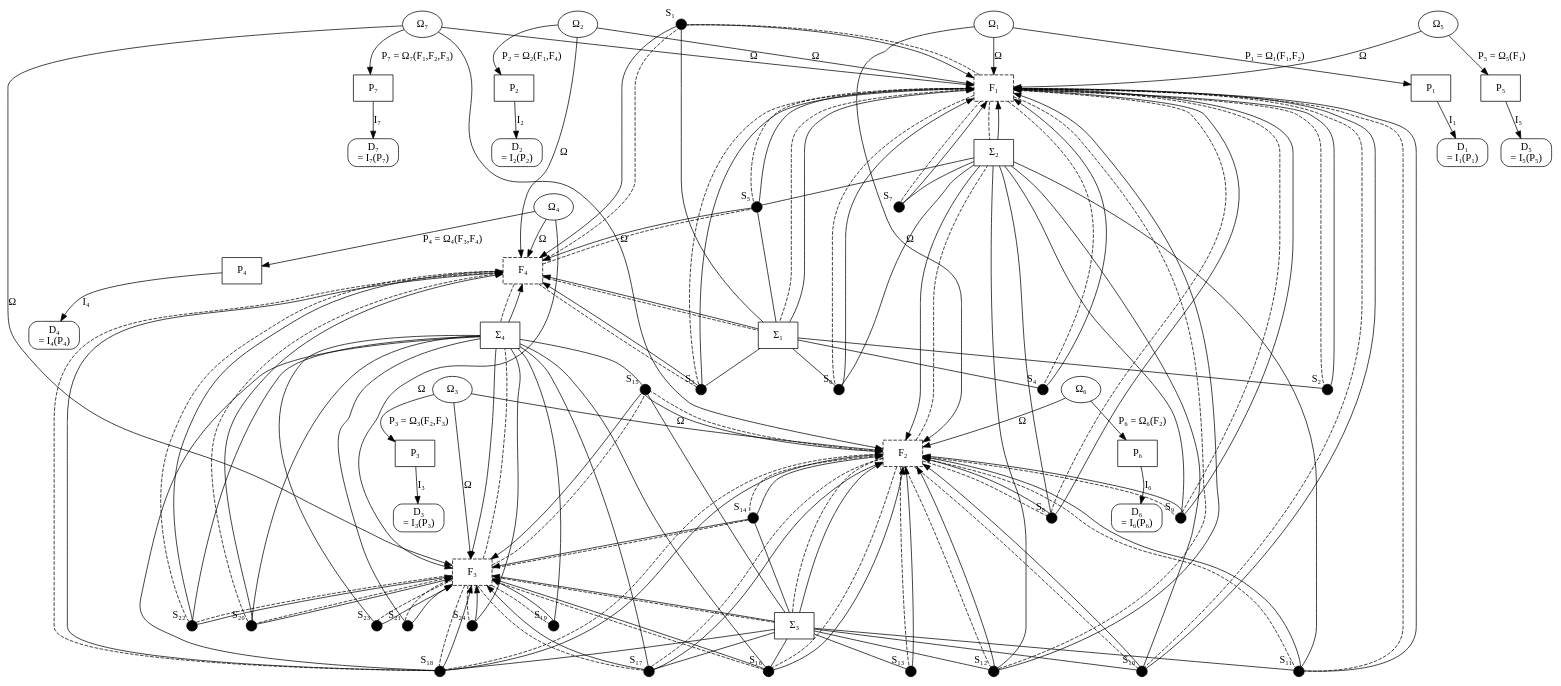
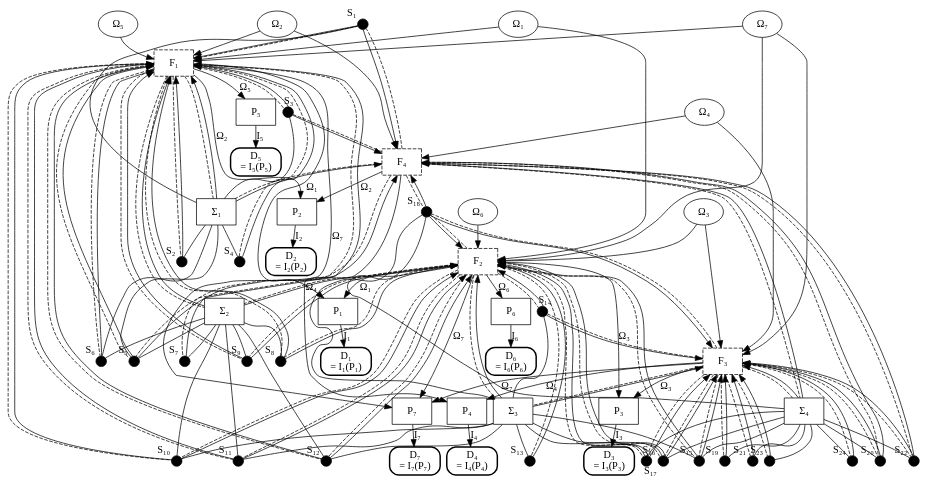
Before and after one commit to ssccsorg/ssccs: the third of 8 diagrams in docs/Whitepaper.qmd, drawn with Graphviz. The commit also changed other lines of this file and 3 other files, not shown here.

Commit message:
wp: update graph and fix an encoding

````diff
--- a/docs/Whitepaper.qmd
+++ b/docs/Whitepaper.qmd
@@ -329,41 +330,56 @@
 ```{dot}
 //| label: fig-ssccs-multifield
-//| fig-cap: "SSCCS multi-field, multi-observation parallel model with rich segment universe"
+//| fig-cap: "The large-scale mass-segment and multi-field scenario"
 digraph SSCCS_MultiField {
     rankdir=TB;
     node [shape=rect];
     
-    // === Row 1: Segments 1–6 ===
+    ranksep=0.1;
+    nodesep=0.13;
+    
+    // === Row 1: Segments 1–6 + invisible (to make 7 columns) ===
     { rank=1;
         node [shape=point, width=0.2, height=0.2];
         s1 [xlabel="S₁"]; s2 [xlabel="S₂"]; s3 [xlabel="S₃"]; s4 [xlabel="S₄"]; s5 [xlabel="S₅"]; s6 [xlabel="S₆"];
+        node [style=invis, shape=point, label="", width=0, height=0];
+        invis_s1;
     }
-    // === Row 2: Segments 7–12 ===
+    // === Row 2: Segments 7–12 + invisible ===
     { rank=2;
         node [shape=point, width=0.2, height=0.2];
         s7 [xlabel="S₇"]; s8 [xlabel="S₈"]; s9 [xlabel="S₉"]; s10 [xlabel="S₁₀"]; s11 [xlabel="S₁₁"]; s12 [xlabel="S₁₂"];
+        node [style=invis, shape=point, label="", width=0, height=0];
+        invis_s2;
     }
-    // === Row 3: Segments 13–18 ===
+    // === Row 3: Segments 13–18 + invisible ===
     { rank=3;
         node [shape=point, width=0.2, height=0.2];
         s13 [xlabel="S₁₃"]; s14 [xlabel="S₁₄"]; s15 [xlabel="S₁₅"]; s16 [xlabel="S₁₆"]; s17 [xlabel="S₁₇"]; s18 [xlabel="S₁₈"];
+        node [style=invis, shape=point, label="", width=0, height=0];
+        invis_s3;
     }
-    // === Row 4: Segments 19–24 ===
+    // === Row 4: Segments 19–24 + invisible ===
     { rank=4;
         node [shape=point, width=0.2, height=0.2];
         s19 [xlabel="S₁₉"]; s20 [xlabel="S₂₀"]; s21 [xlabel="S₂₁"]; s22 [xlabel="S₂₂"]; s23 [xlabel="S₂₃"]; s24 [xlabel="S₂₄"];
+        node [style=invis, shape=point, label="", width=0, height=0];
+        invis_s4;
     }
     
-    // === Row 5: Schemes (structural blueprints) ===
+    // === Row 5: Schemes (structural blueprints) – widened to 7 columns ===
     { rank=5;
         node [shape=box, style=solid];
         sch1 [label="Σ₁"]; sch2 [label="Σ₂"]; sch3 [label="Σ₃"]; sch4 [label="Σ₄"];
+        node [style=invis, shape=point, label=""];
+        invis_sch1; invis_sch2; invis_sch3;
     }
     
-    // === Row 6: Fields (dynamic governance) ===
+    // === Row 6: Fields (dynamic governance) – widened to 7 columns ===
     { rank=6;
         node [shape=rect, style=dashed];
         f1 [label="F₁"]; f2 [label="F₂"]; f3 [label="F₃"]; f4 [label="F₄"];
+        node [style=invis, shape=point, label=""];
+        invis_f1; invis_f2; invis_f3;
     }
     
     // === Row 7: Observation events ===
@@ -380,46 +396,40 @@
     
     // === Row 9: Interpreted Data (final deterministic values) ===
     { rank=9;
-        node [shape=box, style=rounded];
-        d1 [label="D₁\n= I₁(P₁)"]; d2 [label="D₂\n= I₂(P₂)"]; d3 [label="D₃\n= I₃(P₃)"];
-        d4 [label="D₄\n= I₄(P₄)"]; d5 [label="D₅\n= I₅(P₅)"]; d6 [label="D₆\n= I₆(P₆)"];
+        node [shape=rect, style=rounded, penwidth=2];
+        d1 [label="D₁\n= I₁(P₁)"]; 
+        d2 [label="D₂\n= I₂(P₂)"]; 
+        d3 [label="D₃\n= I₃(P₃)"];
+        d4 [label="D₄\n= I₄(P₄)"]; 
+        d5 [label="D₅\n= I₅(P₅)"]; 
+        d6 [label="D₆\n= I₆(P₆)"];
         d7 [label="D₇\n= I₇(P₇)"];
     }
     
     // === Scheme–Segment structural relations (undirected lines) ===
     edge [arrowhead=none, style=solid];
-    // Σ₁: references s1–s6
     sch1 -> s1; sch1 -> s2; sch1 -> s3; sch1 -> s4; sch1 -> s5; sch1 -> s6;
-    // Σ₂: references s5–s12
     sch2 -> s5; sch2 -> s6; sch2 -> s7; sch2 -> s8; sch2 -> s9; sch2 -> s10; sch2 -> s11; sch2 -> s12;
-    // Σ₃: references s10–s18
     sch3 -> s10; sch3 -> s11; sch3 -> s12; sch3 -> s13; sch3 -> s14; sch3 -> s15; sch3 -> s16; sch3 -> s17; sch3 -> s18;
-    // Σ₄: references s15–s24
     sch4 -> s15; sch4 -> s16; sch4 -> s17; sch4 -> s18; sch4 -> s19; sch4 -> s20; sch4 -> s21; sch4 -> s22; sch4 -> s23; sch4 -> s24;
     
     // === Field influences on Schemes and Segments (dashed) ===
     edge [arrowhead=none, style=dashed];
-    // F1 influences Σ1, Σ2 and segments s1–s12
     f1 -> sch1; f1 -> sch2;
     f1 -> s1; f1 -> s2; f1 -> s3; f1 -> s4; f1 -> s5; f1 -> s6; f1 -> s7; f1 -> s8; f1 -> s9; f1 -> s10; f1 -> s11; f1 -> s12;
-    // F2 influences Σ2, Σ3 and segments s8–s18
     f2 -> sch2; f2 -> sch3;
     f2 -> s8; f2 -> s9; f2 -> s10; f2 -> s11; f2 -> s12; f2 -> s13; f2 -> s14; f2 -> s15; f2 -> s16; f2 -> s17; f2 -> s18;
-    // F3 influences Σ3, Σ4 and segments s14–s24
     f3 -> sch3; f3 -> sch4;
     f3 -> s14; f3 -> s15; f3 -> s16; f3 -> s17; f3 -> s18; f3 -> s19; f3 -> s20; f3 -> s21; f3 -> s22; f3 -> s23; f3 -> s24;
-    // F4 influences Σ1, Σ4 and selected segments
     f4 -> sch1; f4 -> sch4;
     f4 -> s1; f4 -> s3; f4 -> s5; f4 -> s18; f4 -> s20; f4 -> s22;
     
     // === Structural input: Schemes and Segments define Field boundaries (solid) ===
     edge [arrowhead=normal, style=solid];
-    // Schemes to Fields
     sch1 -> f1; sch1 -> f4;
     sch2 -> f1; sch2 -> f2;
     sch3 -> f2; sch3 -> f3;
     sch4 -> f3; sch4 -> f4;
-    // Segments to Fields (only those influenced)
     s1 -> f1; s2 -> f1; s3 -> f1; s4 -> f1; s5 -> f1; s6 -> f1; s7 -> f1; s8 -> f1; s9 -> f1; s10 -> f1; s11 -> f1; s12 -> f1;
     s8 -> f2; s9 -> f2; s10 -> f2; s11 -> f2; s12 -> f2; s13 -> f2; s14 -> f2; s15 -> f2; s16 -> f2; s17 -> f2; s18 -> f2;
     s14 -> f3; s15 -> f3; s16 -> f3; s17 -> f3; s18 -> f3; s19 -> f3; s20 -> f3; s21 -> f3; s22 -> f3; s23 -> f3; s24 -> f3;
@@ -427,23 +437,22 @@
     
     // === Trigger mechanism: Each Observation applies to one or more Fields ===
     edge [arrowhead=normal, style=solid];
-    o1 -> f1 [label="Ω"]; o1 -> f2 [label="Ω"];
-    o2 -> f1 [label="Ω"]; o2 -> f4 [label="Ω"];
-    o3 -> f2 [label="Ω"]; o3 -> f3 [label="Ω"];
-    o4 -> f3 [label="Ω"]; o4 -> f4 [label="Ω"];
-    o5 -> f1 [label="Ω"];
-    o6 -> f2 [label="Ω"];
-    o7 -> f1 [label="Ω"]; o7 -> f2 [label="Ω"]; o7 -> f3 [label="Ω"];
-    
-    // === Observation outputs: each Ω produces a Projection (field combination indicated) ===
+    o1 -> {f1, f2};
+    o2 -> {f1, f4};
+    o3 -> {f2, f3};
+    o4 -> {f3, f4};
+    o5 -> f1;
+    o6 -> f2;
+    o7 -> {f1, f2, f3};
+
     edge [arrowhead=normal, style=solid];
-    o1 -> p1 [label="P₁ = Ω₁(F₁,F₂)"];
-    o2 -> p2 [label="P₂ = Ω₂(F₁,F₄)"];
-    o3 -> p3 [label="P₃ = Ω₃(F₂,F₃)"];
-    o4 -> p4 [label="P₄ = Ω₄(F₃,F₄)"];
-    o5 -> p5 [label="P₅ = Ω₅(F₁)"];
-    o6 -> p6 [label="P₆ = Ω₆(F₂)"];
-    o7 -> p7 [label="P₇ = Ω₇(F₁,F₂,F₃)"];
+    {f1, f2} -> p1 [label="Ω₁"];
+    {f1, f4} -> p2 [label="Ω₂"];
+    {f2, f3} -> p3 [label="Ω₃"];
+    {f3, f4} -> p4 [label="Ω₄"];
+    f1 -> p5 [label="Ω₅"];
+    f2 -> p6 [label="Ω₆"];
+    {f1, f2, f3} -> p7 [label="Ω₇"];
     
     // === Interpretation: Projection yields deterministic Data ===
     edge [arrowhead=normal, style=solid];
````
